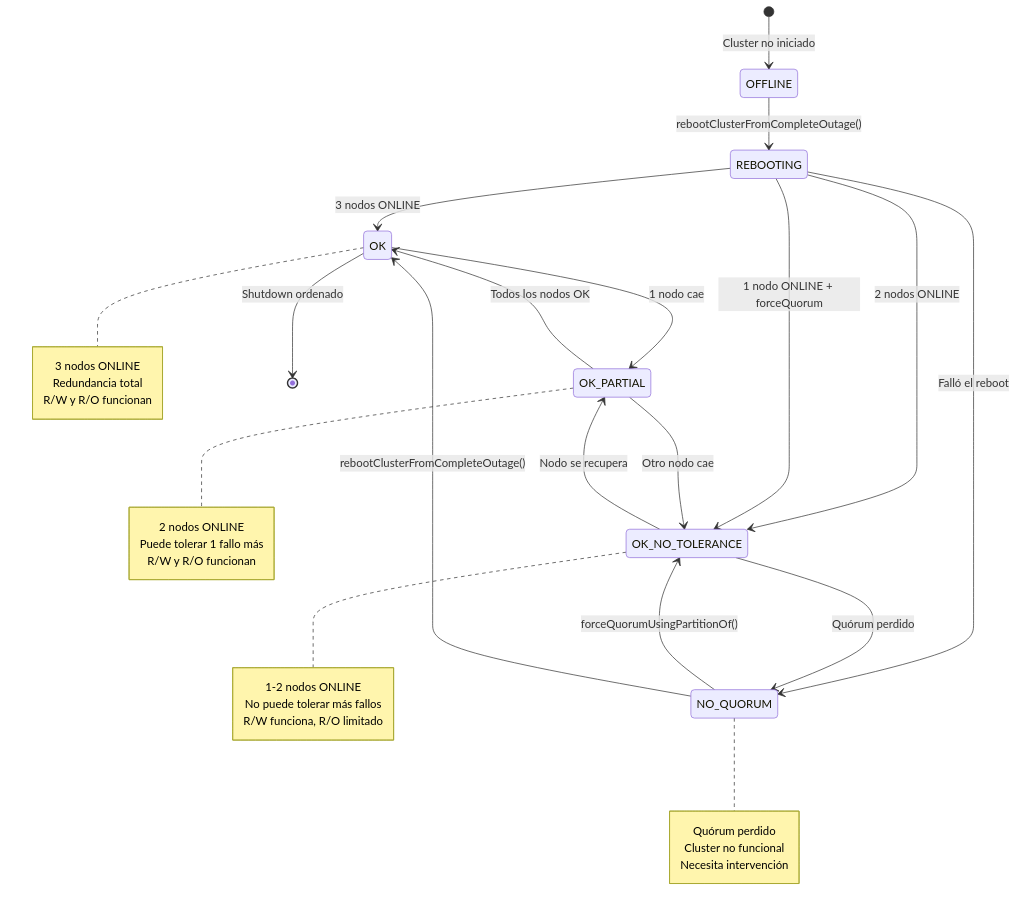
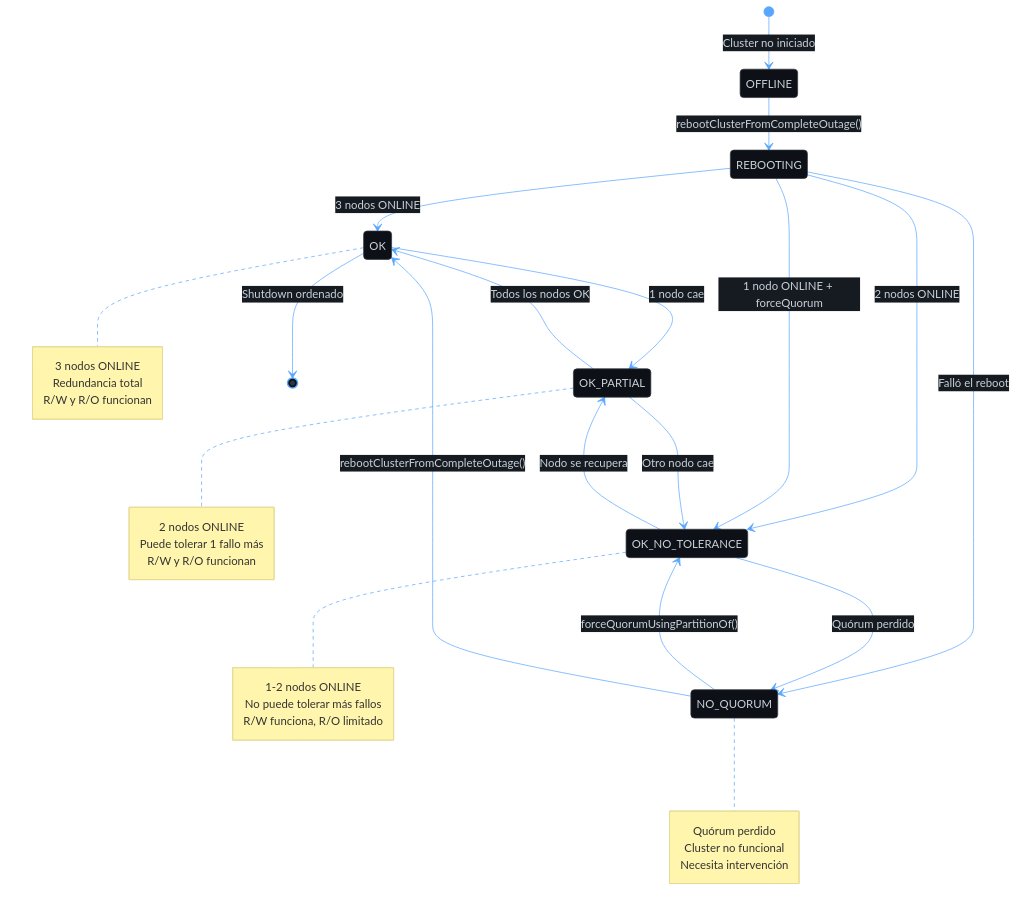
Diagram 12 of 13 in docs/ARQUITECTURA.md (JoaquinLoaizaUCSM/sistema-gestion-sobretiempos-ha), drawn with Mermaid before and after one commit. The commit also changed other lines of this file and 2 other files, not shown here.

Commit message:
Docs: Update diagrams for dark mode and refresh README

````diff
--- a/docs/ARQUITECTURA.md
+++ b/docs/ARQUITECTURA.md
@@ -503,47 +514,48 @@
 ```mermaid
+%%{init: {'theme': 'base', 'themeVariables': { 'primaryColor': '#0d1117', 'primaryTextColor': '#c9d1d9', 'primaryBorderColor': '#30363d', 'lineColor': '#58a6ff', 'secondaryColor': '#161b22', 'tertiaryColor': '#161b22', 'mainBkg': '#0d1117', 'nodeBorder': '#30363d', 'clusterBkg': '#161b22', 'clusterBorder': '#30363d', 'defaultLinkColor': '#58a6ff', 'fontFamily': 'arial', 'fontSize': '16px'}}}%%
 stateDiagram-v2
     [*] --> OFFLINE: Cluster no iniciado
     
     OFFLINE --> REBOOTING: rebootClusterFromCompleteOutage()
     
     REBOOTING --> OK: 3 nodos ONLINE
     REBOOTING --> OK_NO_TOLERANCE: 2 nodos ONLINE
     REBOOTING --> OK_NO_TOLERANCE: 1 nodo ONLINE + forceQuorum
     REBOOTING --> NO_QUORUM: Falló el reboot
     
     OK --> OK_PARTIAL: 1 nodo cae
     OK_PARTIAL --> OK_NO_TOLERANCE: Otro nodo cae
     OK_NO_TOLERANCE --> NO_QUORUM: Quórum perdido
     
     OK_NO_TOLERANCE --> OK_PARTIAL: Nodo se recupera
     OK_PARTIAL --> OK: Todos los nodos OK
     
     NO_QUORUM --> OK_NO_TOLERANCE: forceQuorumUsingPartitionOf()
     NO_QUORUM --> OK: rebootClusterFromCompleteOutage()
     
     OK --> [*]: Shutdown ordenado
     
     note right of OK
         3 nodos ONLINE
         Redundancia total
         R/W y R/O funcionan
     end note
     
     note right of OK_PARTIAL
         2 nodos ONLINE
         Puede tolerar 1 fallo más
         R/W y R/O funcionan
     end note
     
     note right of OK_NO_TOLERANCE
         1-2 nodos ONLINE
         No puede tolerar más fallos
         R/W funciona, R/O limitado
     end note
     
     note right of NO_QUORUM
         Quórum perdido
         Cluster no funcional
         Necesita intervención
     end note
 ```
````
